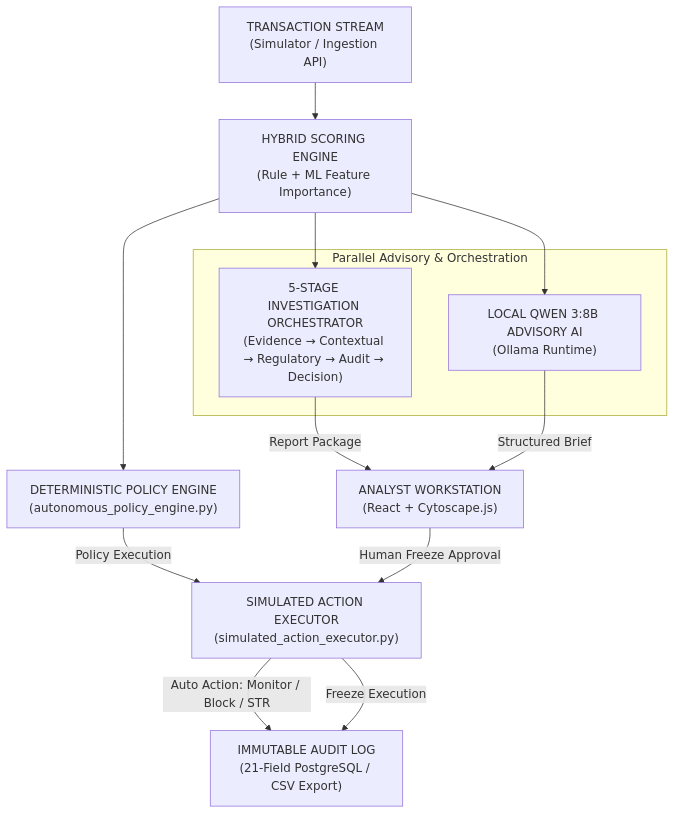
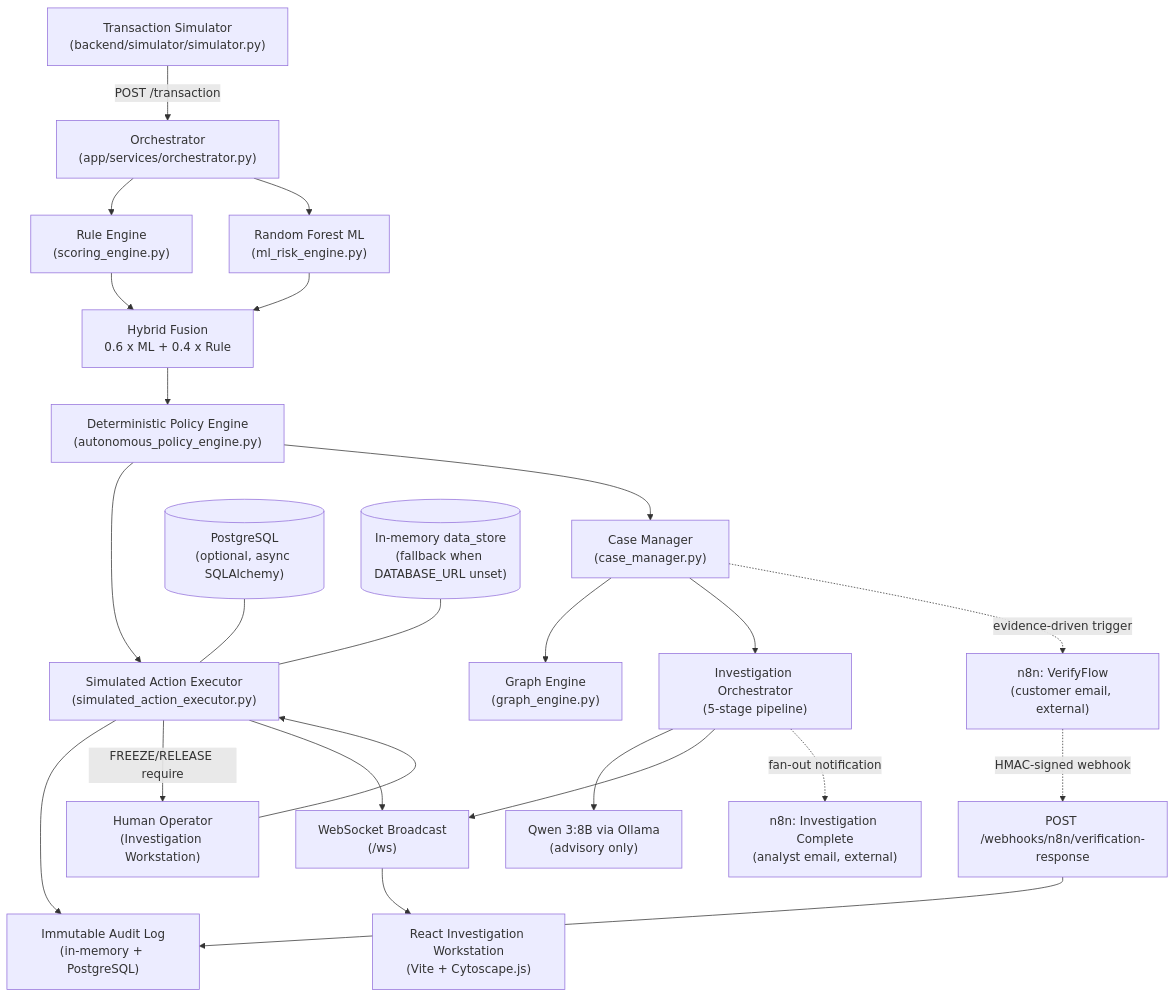
Before and after one commit to adityahadagalle/CAMBRIDGE--SENT: the diagram in README.md, drawn with Mermaid. The commit also changed other lines of this file, not shown here.

````diff
--- a/README.md
+++ b/README.md
@@ -37,21 +108,33 @@
 ```mermaid
-graph TD
-    TS["TRANSACTION STREAM<br/>(Simulator / Ingestion API)"] --> DE["HYBRID SCORING ENGINE<br/>(Rule + ML Feature Importance)"]
-    DE --> DPE["DETERMINISTIC POLICY ENGINE<br/>(autonomous_policy_engine.py)"]
-    
-    subgraph "Parallel Advisory & Orchestration"
-        IO["5-STAGE INVESTIGATION ORCHESTRATOR<br/>(Evidence → Contextual → Regulatory → Audit → Decision)"]
-        AI["LOCAL QWEN 3:8B ADVISORY AI<br/>(Ollama Runtime)"]
-    end
-    
-    DE --> IO
-    DE --> AI
-    
-    DPE -->|Policy Execution| SAE["SIMULATED ACTION EXECUTOR<br/>(simulated_action_executor.py)"]
-    IO -->|Report Package| AIW["ANALYST WORKSTATION<br/>(React + Cytoscape.js)"]
-    AI -->|Structured Brief| AIW
-    
-    SAE -->|Auto Action: Monitor / Block / STR| AL["IMMUTABLE AUDIT LOG<br/>(21-Field PostgreSQL / CSV Export)"]
-    AIW -->|Human Freeze Approval| SAE
-    SAE -->|Freeze Execution| AL
+flowchart TD
+    SIM["Transaction Simulator<br/>(backend/simulator/simulator.py)"] -->|POST /transaction| ORCH["Orchestrator<br/>(app/services/orchestrator.py)"]
+
+    ORCH --> RULE["Rule Engine<br/>(scoring_engine.py)"]
+    ORCH --> ML["Random Forest ML<br/>(ml_risk_engine.py)"]
+    RULE --> FUSION["Hybrid Fusion<br/>0.6 x ML + 0.4 x Rule"]
+    ML --> FUSION
+
+    FUSION --> POLICY["Deterministic Policy Engine<br/>(autonomous_policy_engine.py)"]
+    POLICY --> EXEC["Simulated Action Executor<br/>(simulated_action_executor.py)"]
+    POLICY --> CASE["Case Manager<br/>(case_manager.py)"]
+
+    CASE --> GRAPH["Graph Engine<br/>(graph_engine.py)"]
+    CASE --> ORCH2["Investigation Orchestrator<br/>(5-stage pipeline)"]
+    ORCH2 --> AI["Qwen 3:8B via Ollama<br/>(advisory only)"]
+
+    EXEC --> AUDIT["Immutable Audit Log<br/>(in-memory + PostgreSQL)"]
+    EXEC -->|FREEZE/RELEASE require| HUMAN["Human Operator<br/>(Investigation Workstation)"]
+    HUMAN --> EXEC
+
+    ORCH2 --> WS["WebSocket Broadcast<br/>(/ws)"]
+    EXEC --> WS
+    WS --> UI["React Investigation Workstation<br/>(Vite + Cytoscape.js)"]
+
+    CASE -.->|evidence-driven trigger| N8N1["n8n: VerifyFlow<br/>(customer email, external)"]
+    ORCH2 -.->|fan-out notification| N8N2["n8n: Investigation Complete<br/>(analyst email, external)"]
+    N8N1 -.->|HMAC-signed webhook| WEBHOOK["POST /webhooks/n8n/verification-response"]
+    WEBHOOK --> AUDIT
+
+    DB[("PostgreSQL<br/>(optional, async SQLAlchemy)")] --- EXEC
+    MEM[("In-memory data_store<br/>(fallback when DATABASE_URL unset)")] --- EXEC
 ```
````
